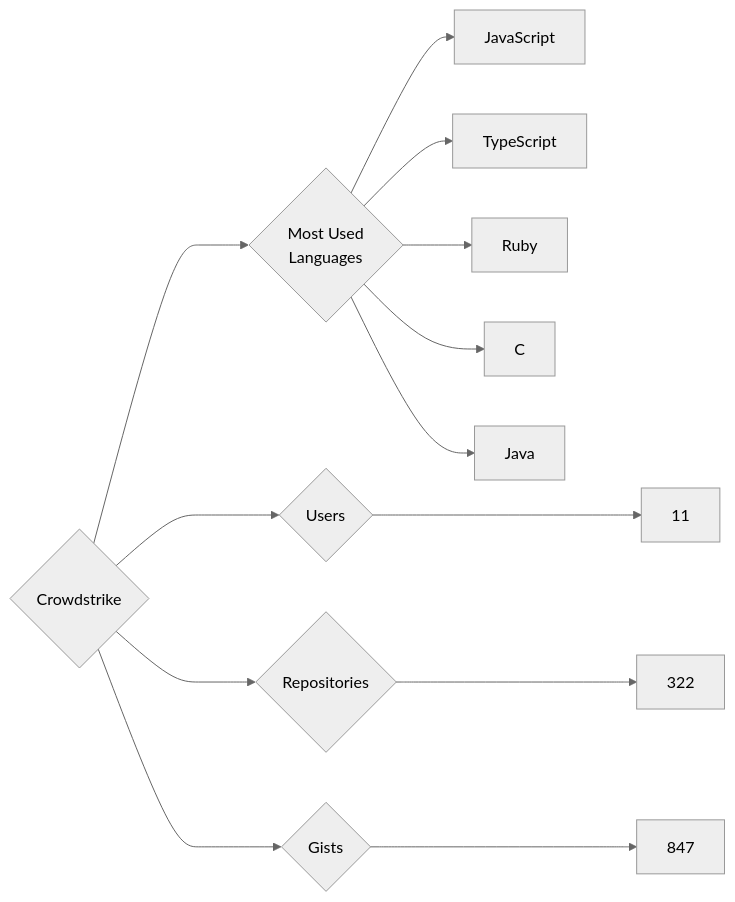
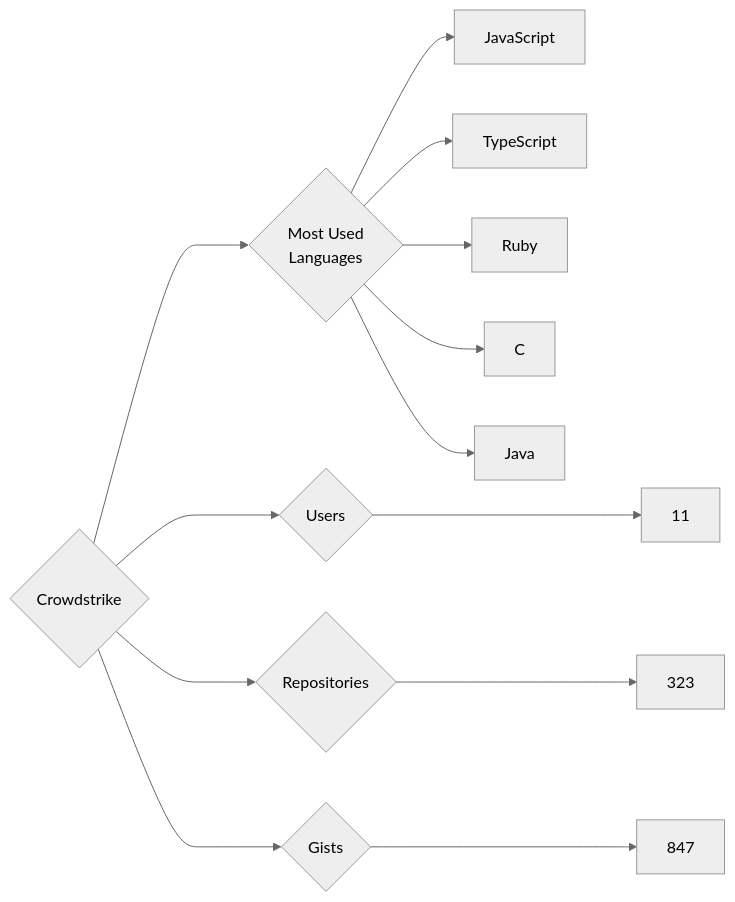
Before and after one commit to trickest/insiders: the diagram in targets/Crowdstrike/README.md, drawn with Mermaid (neutral theme). The commit also changed 823 other files, not shown here.

````diff
--- a/targets/Crowdstrike/README.md
+++ b/targets/Crowdstrike/README.md
@@ -3,13 +3,13 @@
 ```mermaid
 graph LR
 COMPANY_NAME{Crowdstrike}
 COMPANY_NAME ---> U{Users} ---> UN[11]
-COMPANY_NAME ---> R{Repositories} ---> RN[322]
+COMPANY_NAME ---> R{Repositories} ---> RN[323]
 COMPANY_NAME ---> G{Gists} ---> GN[847]
 COMPANY_NAME ---> ML{Most Used<br>Languages}
 ML --> JavaScript[JavaScript]
 ML --> TypeScript[TypeScript]
 ML --> Ruby[Ruby]
 ML --> C[C]
 ML --> Java[Java]
 ```
````
